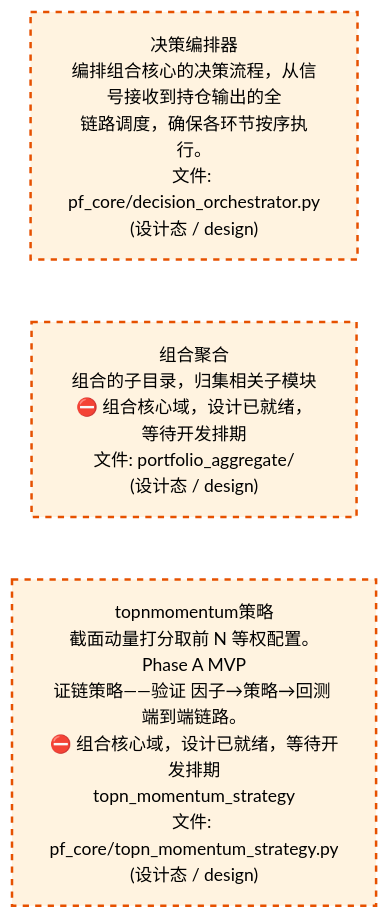
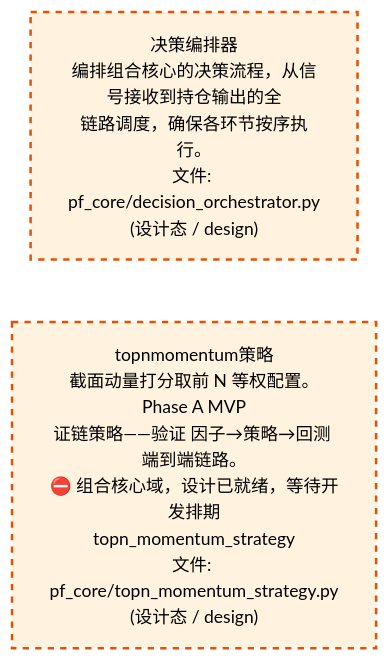
Before and after one commit to xuanFelixVan/ZephyrAlpha: the third of 4 diagrams in docs/02_enterprise_architecture/02_domain_architecture_docs/63_d_pf_core.md, drawn with Mermaid. The commit also changed other lines of this file and 44 other files, not shown here.

````diff
--- a/docs/02_enterprise_architecture/02_domain_architecture_docs/63_d_pf_core.md
+++ b/docs/02_enterprise_architecture/02_domain_architecture_docs/63_d_pf_core.md
@@ -192,14 +198,12 @@
 ```mermaid
 %%{init: {'theme': 'base', 'themeVariables': {'primaryColor': '#eaeaea', 'primaryTextColor': '#333333', 'primaryBorderColor': '#666666', 'lineColor': '#666666', 'secondaryColor': '#eaeaea', 'tertiaryColor': '#eaeaea', 'fontSize': '14px'}}}%%
 flowchart TD
     src_zephyr_pf_core_decision_orchestrator_py["决策编排器<br/>编排组合核心的决策流程，从信号接收到持仓输出的全<br/>链路调度，确保各环节按序执行。<br/>文件: pf_core/decision_orchestrator.py<br/>(设计态 / design)"]
-    src_zephyr_pf_core_portfolio_aggregate["组合聚合<br/>组合的子目录，归集相关子模块<br/>⛔ 组合核心域，设计已就绪，等待开发排期<br/>文件: portfolio_aggregate/<br/>(设计态 / design)"]
     src_zephyr_pf_core_topn_momentum_strategy_py["topnmomentum策略<br/>截面动量打分取前 N 等权配置。Phase A MVP<br/>证链策略——验证 因子→策略→回测 端到端链路。<br/>⛔ 组合核心域，设计已就绪，等待开发排期<br/>topn_momentum_strategy<br/>文件: pf_core/topn_momentum_strategy.py<br/>(设计态 / design)"]
-    src_zephyr_pf_core_decision_orchestrator_py ~~~ src_zephyr_pf_core_portfolio_aggregate
-    src_zephyr_pf_core_portfolio_aggregate ~~~ src_zephyr_pf_core_topn_momentum_strategy_py
+    src_zephyr_pf_core_decision_orchestrator_py ~~~ src_zephyr_pf_core_topn_momentum_strategy_py
     classDef production fill:#e1f5fe,stroke:#01579b,stroke-width:2px,color:#000
     classDef design fill:#fff3e0,stroke:#e65100,stroke-width:2px,color:#000,stroke-dasharray: 5 5
     classDef external_prod fill:#e8f4fd,stroke:#0277bd,stroke-width:1px,color:#000
     classDef external_design fill:#fff8e7,stroke:#ef6c00,stroke-width:1px,color:#000,stroke-dasharray: 5 5
-    class src_zephyr_pf_core_decision_orchestrator_py,src_zephyr_pf_core_portfolio_aggregate,src_zephyr_pf_core_topn_momentum_strategy_py design
+    class src_zephyr_pf_core_decision_orchestrator_py,src_zephyr_pf_core_topn_momentum_strategy_py design
 ```
````
